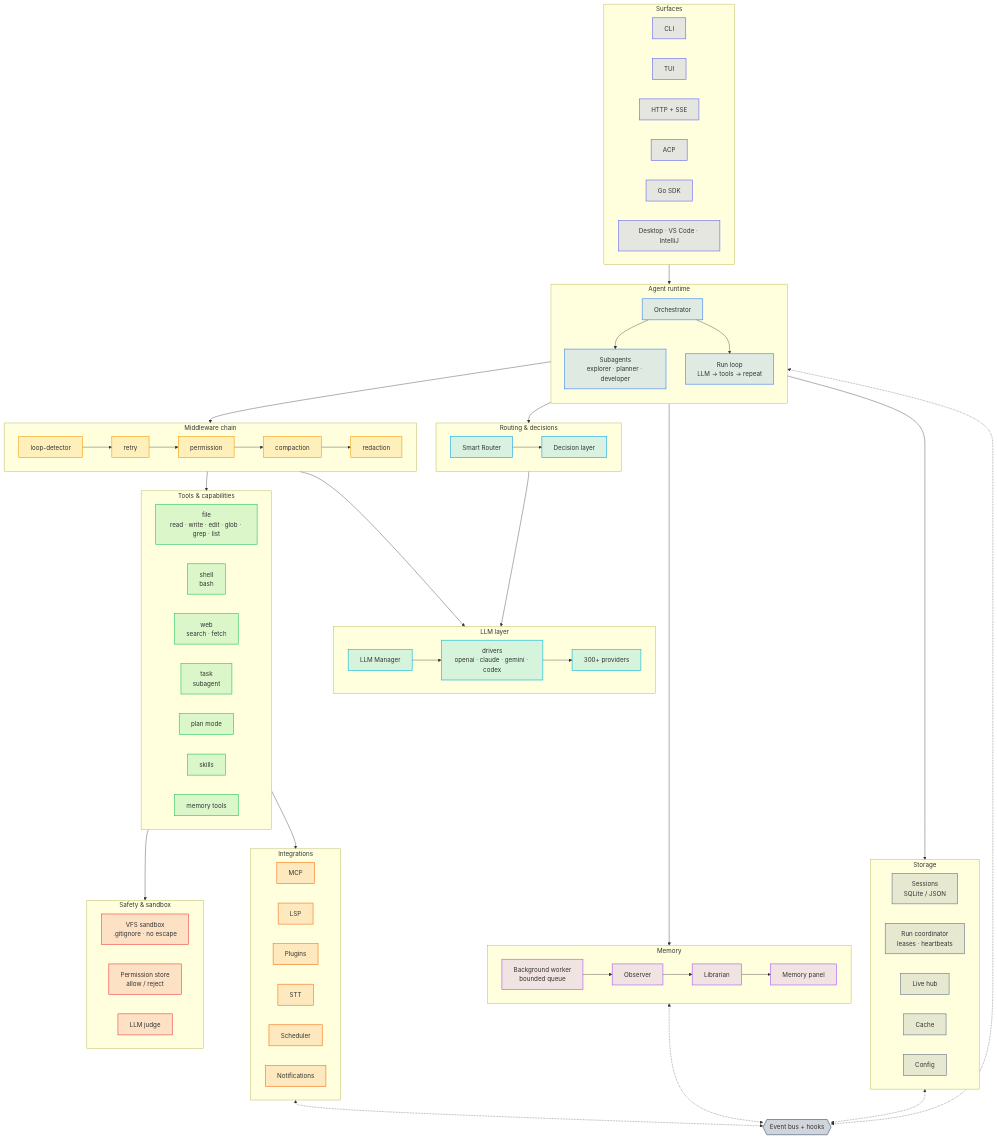
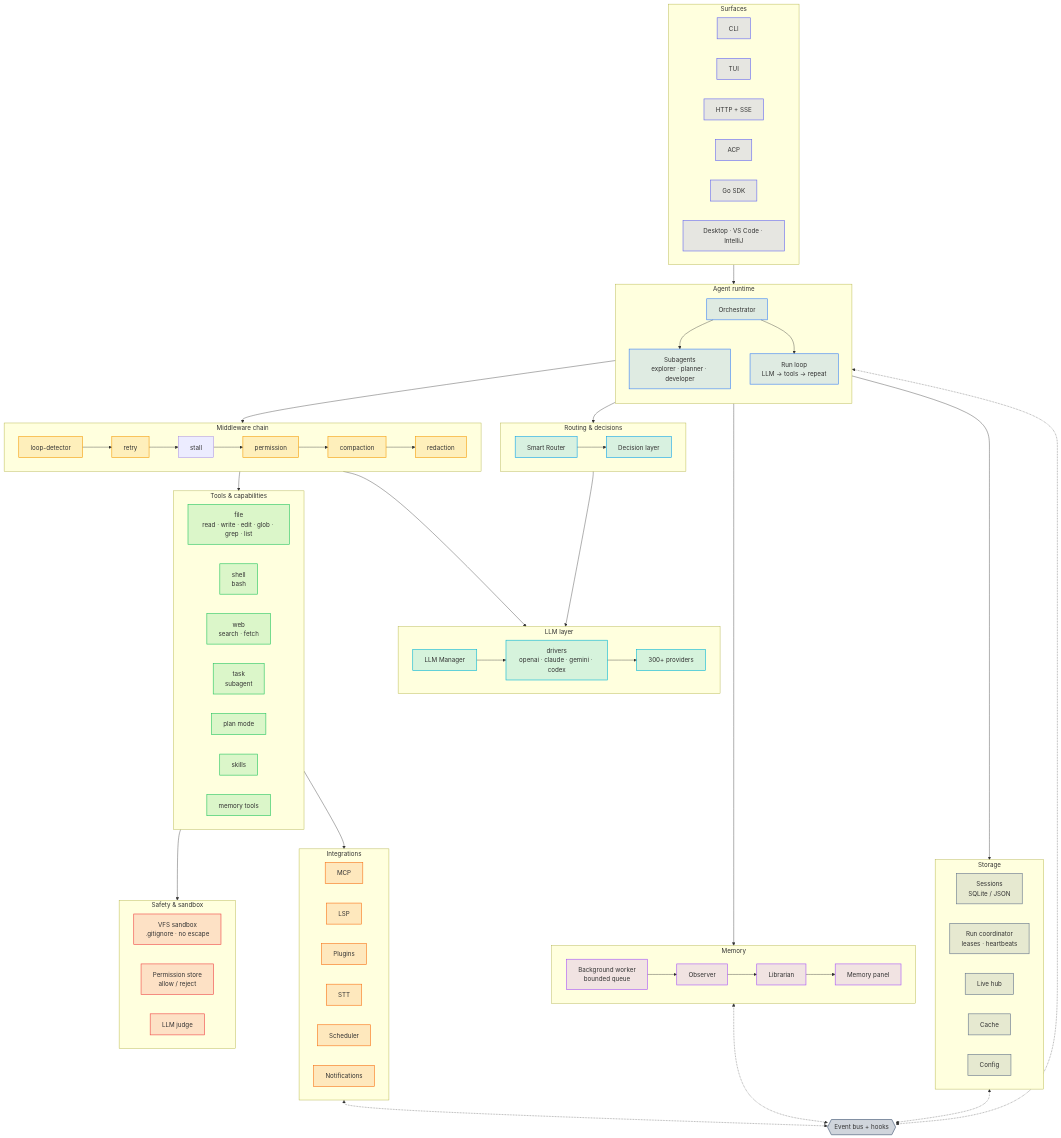
One commit to peggco/pegg changed the first of 12 diagrams in docs/pegg/architecture.md. Above: the diagram before and after it, drawn with Mermaid. The commit also changed other lines of this file and 7 other files, not shown here.

```diff
--- a/docs/pegg/architecture.md
+++ b/docs/pegg/architecture.md
@@ -55,7 +55,7 @@
 
     subgraph MW["Middleware chain"]
         direction LR
-        LD["loop-detector"] --> RETRY["retry"] --> PERM["permission"] --> COMP["compaction"] --> RED["redaction"]
+        LD["loop-detector"] --> RETRY["retry"] --> STALL["stall"] --> PERM["permission"] --> COMP["compaction"] --> RED["redaction"]
     end
 
     subgraph CAP["Tools & capabilities"]
```
